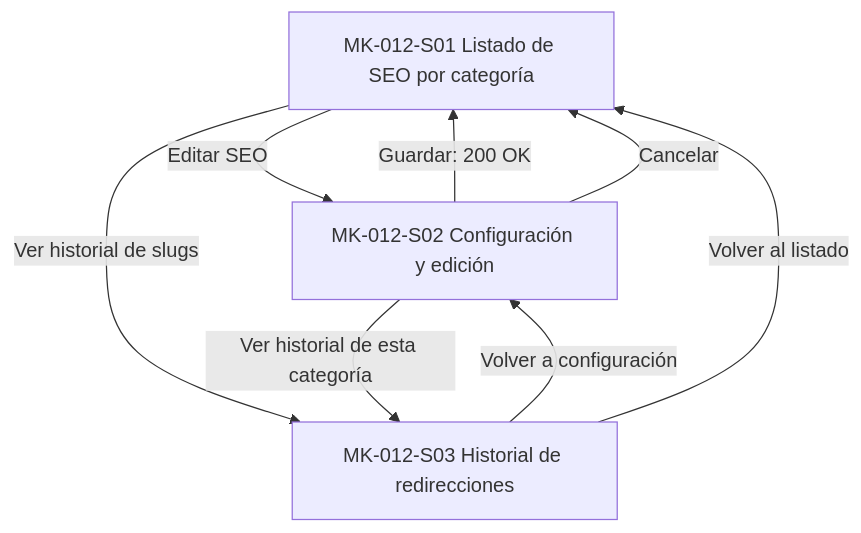
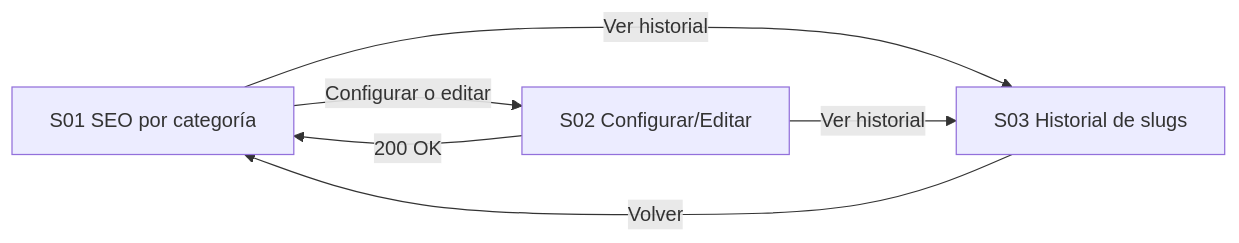
Before and after one commit to Taller-SW-Web/G6-Productos-Ofertas-docs: the diagram in mockups/MK-012/component-spec.md, drawn with Mermaid. The commit also changed other lines of this file and 15 other files, not shown here.

````diff
--- a/mockups/MK-012/component-spec.md
+++ b/mockups/MK-012/component-spec.md
@@ -70,12 +85,8 @@
 ```mermaid
-flowchart TD
-    S01["MK-012-S01 Listado de SEO por categoría"] -->|Editar SEO| S02["MK-012-S02 Configuración y edición"]
-    S01 -->|Ver historial de slugs| S03["MK-012-S03 Historial de redirecciones"]
-
-    S02 -->|Guardar: 200 OK| S01
-    S02 -->|Ver historial de esta categoría| S03
-    S02 -->|Cancelar| S01
-
-    S03 -->|Volver a configuración| S02
-    S03 -->|Volver al listado| S01
+flowchart LR
+    S01["S01 SEO por categoría"] -->|"Configurar o editar"| S02["S02 Configurar/Editar"]
+    S02 -->|"200 OK"| S01
+    S01 -->|"Ver historial"| S03["S03 Historial de slugs"]
+    S02 -->|"Ver historial"| S03
+    S03 -->|"Volver"| S01
 ```
````
